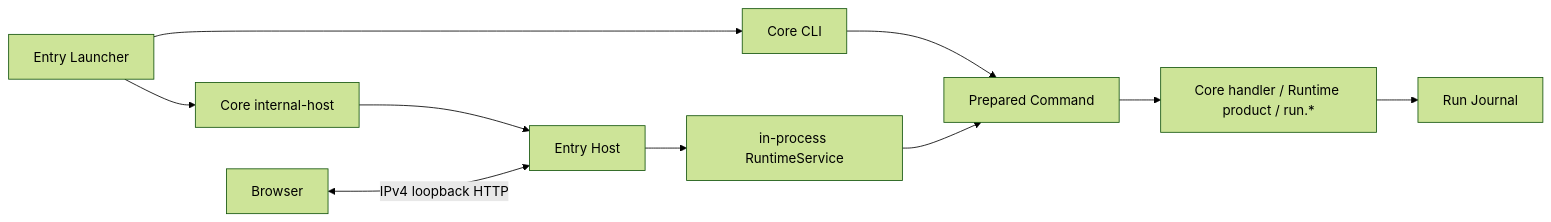
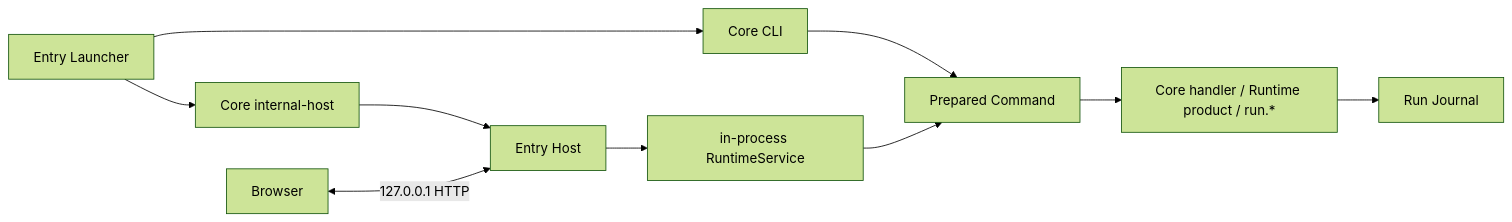
One commit to swawai/swaw-kit changed the diagram in docs/swaw-kit-proj-plan.md. Above: the diagram before and after it, drawn with Mermaid (forest theme). The commit also changed other lines of this file, not shown here.

````diff
--- a/docs/swaw-kit-proj-plan.md
+++ b/docs/swaw-kit-proj-plan.md
@@ -99,12 +38,12 @@
 ```mermaid
 flowchart LR
   L["Entry Launcher"] --> C["Core CLI"]
   L --> I["Core internal-host"]
   I --> H["Entry Host"]
-  B["Browser"] <-->|"IPv4 loopback HTTP"| H
+  B["Browser"] <-->|"127.0.0.1 HTTP"| H
   H --> R["in-process RuntimeService"]
   C --> P["Prepared Command"]
   R --> P
   P --> X["Core handler / Runtime product / run.*"]
   X --> J["Run Journal"]
 ```
````
